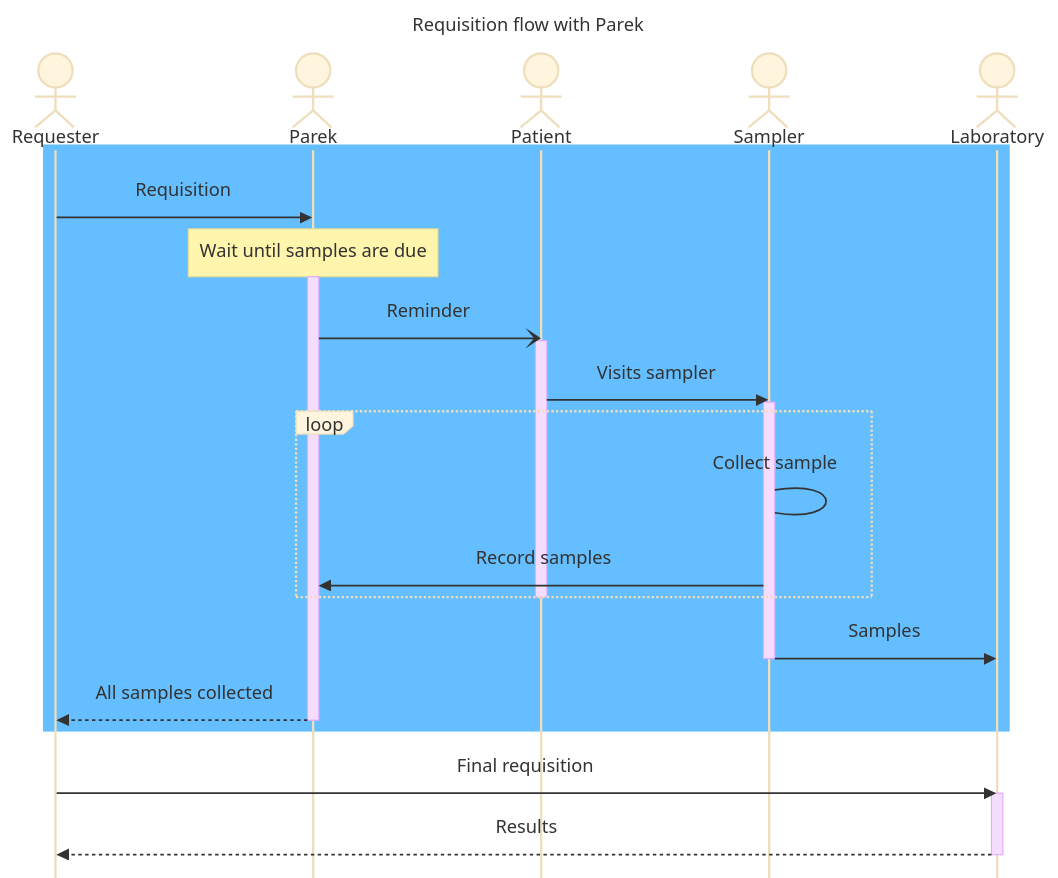
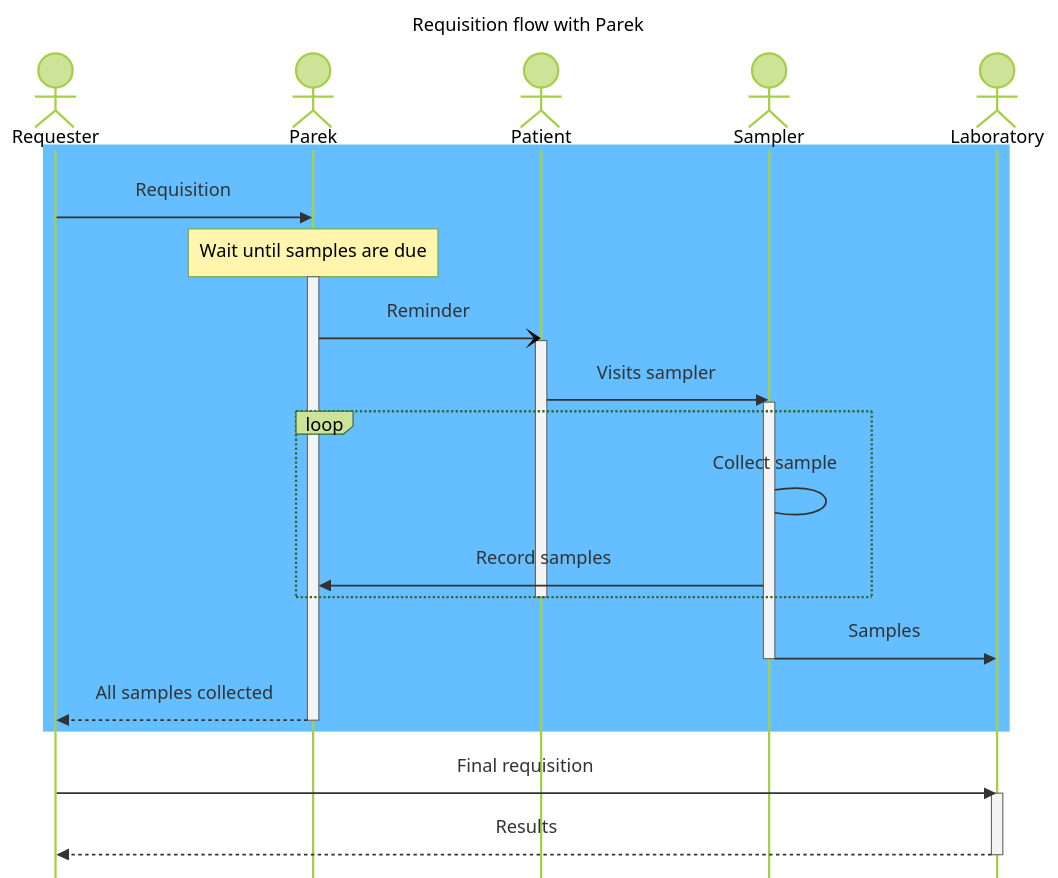
Before and after one commit to HL7Norway/PasientensRekvisisjoner-Parek: the second of 3 diagrams in ParekIG/input/pagecontent/index.md, drawn with Mermaid.

Commit message:
Try forest

````diff
--- a/ParekIG/input/pagecontent/index.md
+++ b/ParekIG/input/pagecontent/index.md
@@ -55,42 +55,42 @@
 ```mermaid
 ---
 title: Requisition flow with Parek
 ---
 %%{init: {
     'sequence': {
         'mirrorActors':false,
         'useMaxHeight': false
         },
-    'theme': 'base'
+    'theme': 'forest'
     }
 }%%
 sequenceDiagram
     actor Requester
     actor Parek
     actor Patient
     actor Sampler
     actor Laboratory
 
     rect rgb(100, 190, 255)
         Requester->>Parek: Requisition
         Note over Parek: Wait until samples are due
         activate Parek
         Parek-)Patient: Reminder
         activate Patient
         Patient->>Sampler: Visits sampler
         activate Sampler
         loop
             Sampler->Sampler: Collect sample
             Sampler->>Parek: Record samples
         end
         deactivate Patient
         Sampler->>Laboratory: Samples
         deactivate Sampler
         Parek-->>Requester: All samples collected
         deactivate Parek
     end
     Requester->>Laboratory: Final requisition
     activate Laboratory
     Laboratory-->>Requester: Results
     deactivate Laboratory
 ```
````
